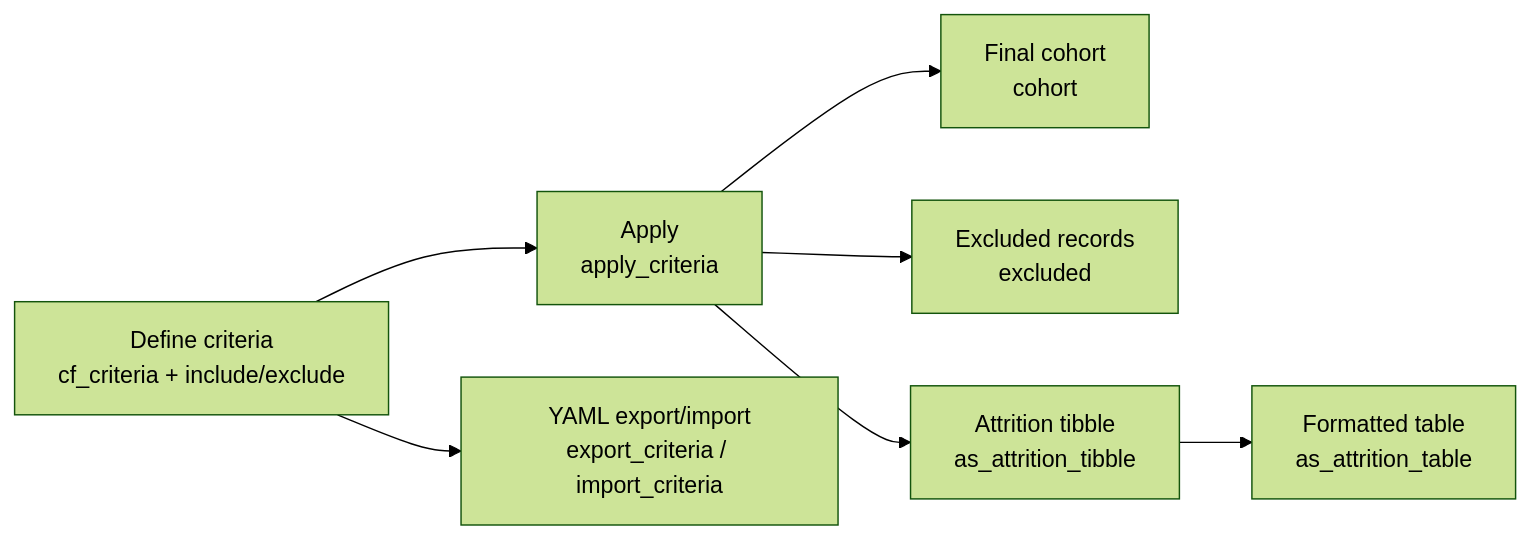
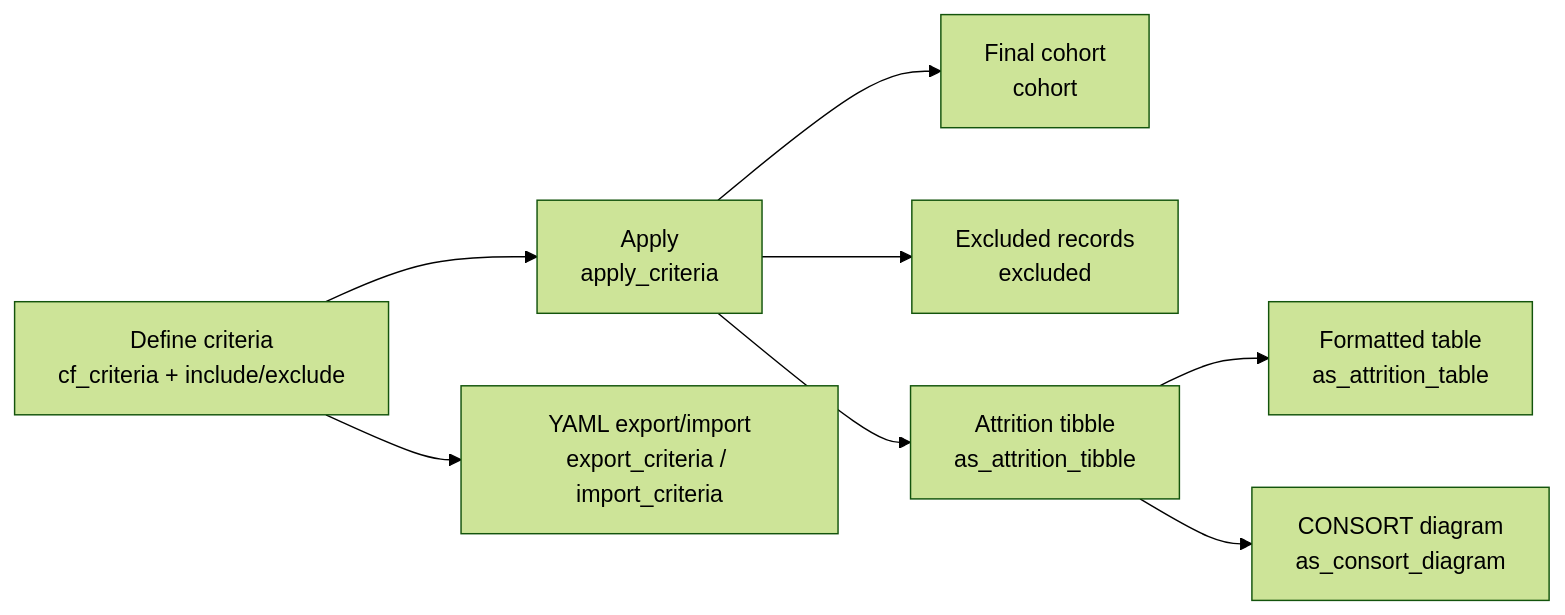
One commit to mattmoo/cohortflow changed the diagram in README.md. Above: the diagram before and after it, drawn with Mermaid (forest theme). The commit also changed other lines of this file and 29 other files, not shown here.

First line of the commit message:
feat: add CONSORT flow diagrams and design-specific mock data generators

````diff
--- a/README.md
+++ b/README.md
@@ -98,9 +105,10 @@
 ```mermaid
 flowchart LR
   A[Define criteria\ncf_criteria + include/exclude] --> B[Apply\napply_criteria]
   B --> C[Final cohort\ncohort]
   B --> D[Excluded records\nexcluded]
   B --> E[Attrition tibble\nas_attrition_tibble]
   E --> F[Formatted table\nas_attrition_table]
+  E --> H[CONSORT diagram\nas_consort_diagram]
   A --> G[YAML export/import\nexport_criteria / import_criteria]
 ```
````
